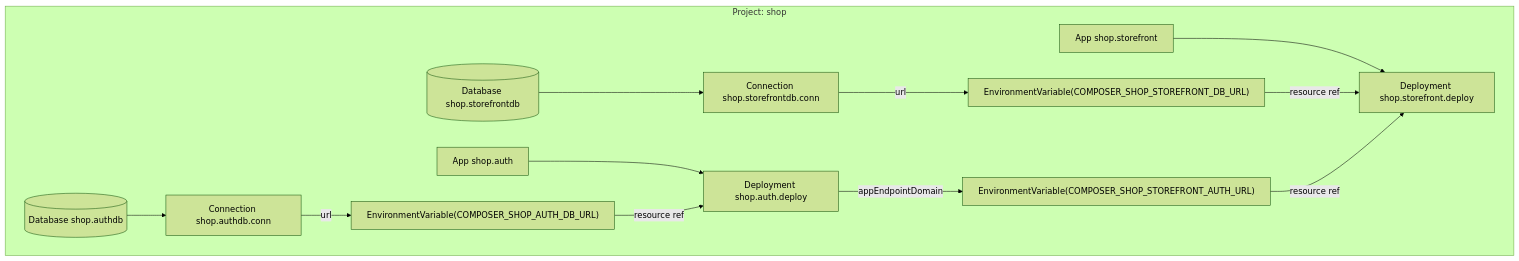
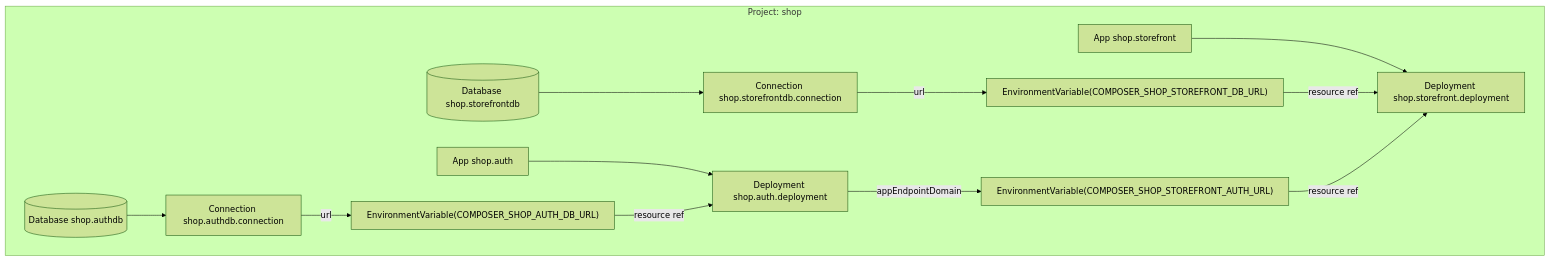
One commit to prisma/composer changed the second of 2 diagrams in docs/design/05-prisma-cloud/alchemy-lowering.md. Above: the diagram before and after it, drawn with Mermaid (forest theme). The commit also changed other lines of this file and 8 other files, not shown here.

````diff
--- a/docs/design/05-prisma-cloud/alchemy-lowering.md
+++ b/docs/design/05-prisma-cloud/alchemy-lowering.md
@@ -229,13 +231,13 @@
 ```mermaid
 flowchart TB
   subgraph P [Project: shop]
-    DBa[(Database shop.authdb)] --> Ca[Connection shop.authdb.conn] -- url --> EVa["EnvironmentVariable(COMPOSER_SHOP_AUTH_DB_URL)"]
-    DBs[(Database shop.storefrontdb)] --> Cs[Connection shop.storefrontdb.conn] -- url --> EVs["EnvironmentVariable(COMPOSER_SHOP_STOREFRONT_DB_URL)"]
-    Sa[App shop.auth] --> Da[Deployment shop.auth.deploy]
-    Ss[App shop.storefront] --> Ds[Deployment shop.storefront.deploy]
+    DBa[(Database shop.authdb)] --> Ca[Connection shop.authdb.connection] -- url --> EVa["EnvironmentVariable(COMPOSER_SHOP_AUTH_DB_URL)"]
+    DBs[(Database shop.storefrontdb)] --> Cs[Connection shop.storefrontdb.connection] -- url --> EVs["EnvironmentVariable(COMPOSER_SHOP_STOREFRONT_DB_URL)"]
+    Sa[App shop.auth] --> Da[Deployment shop.auth.deployment]
+    Ss[App shop.storefront] --> Ds[Deployment shop.storefront.deployment]
     EVa -- resource ref --> Da
     EVs -- resource ref --> Ds
     Da -- appEndpointDomain --> EVu["EnvironmentVariable(COMPOSER_SHOP_STOREFRONT_AUTH_URL)"]
     EVu -- resource ref --> Ds
   end
 ```
````
